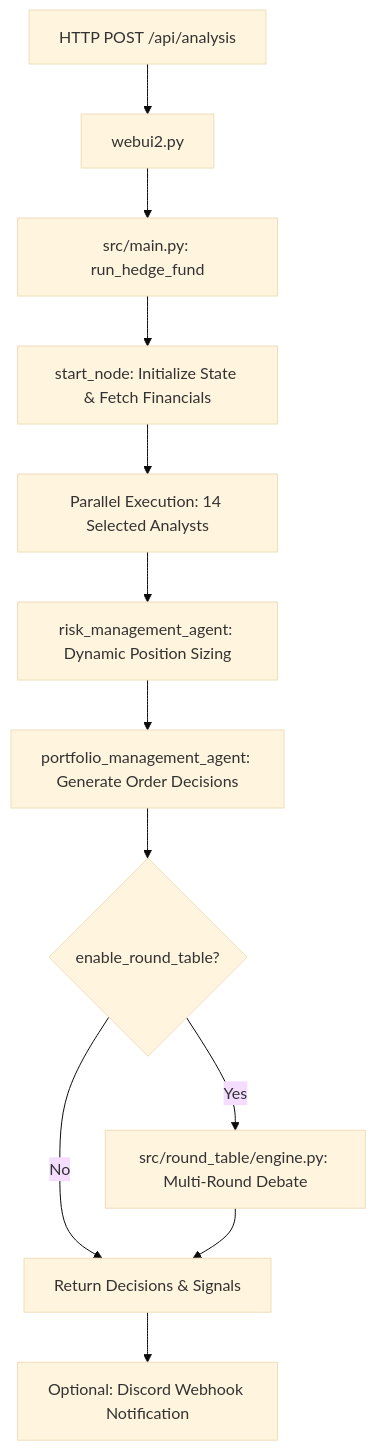
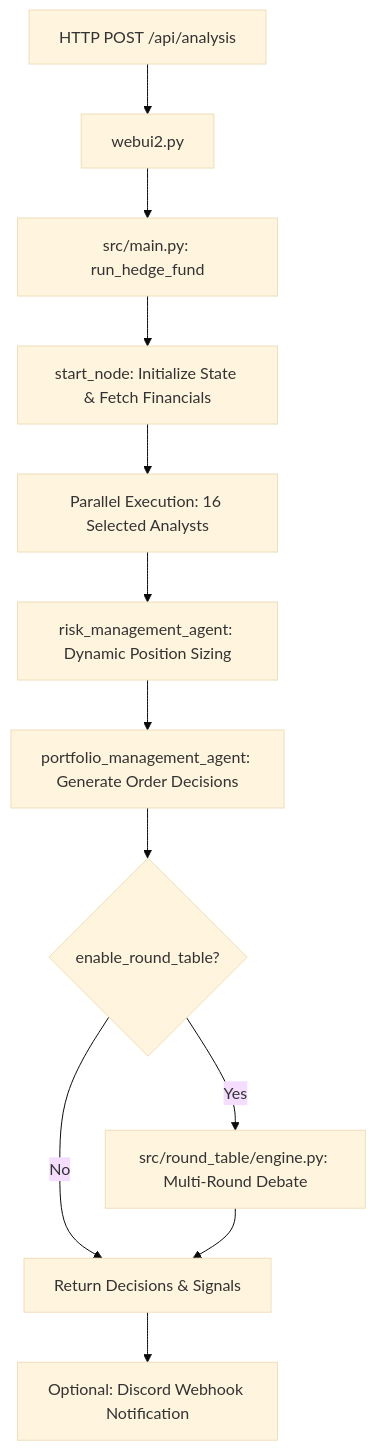
One commit to tbdavid2019/ai-hedge-fund-API changed the diagram in AGENTS.md. Above: the diagram before and after it, drawn with Mermaid (base theme). The commit also changed other lines of this file and 8 other files, not shown here.

````diff
--- a/AGENTS.md
+++ b/AGENTS.md
@@ -124,14 +126,14 @@
 ```mermaid
 graph TD
     UserReq[HTTP POST /api/analysis] --> Flask[webui2.py]
     Flask --> Workflow[src/main.py: run_hedge_fund]
     Workflow --> StartNode[start_node: Initialize State & Fetch Financials]
-    StartNode --> ParallelAnalysts[Parallel Execution: 14 Selected Analysts]
+    StartNode --> ParallelAnalysts[Parallel Execution: 16 Selected Analysts]
     ParallelAnalysts --> RiskMgr[risk_management_agent: Dynamic Position Sizing]
     RiskMgr --> PortMgr[portfolio_management_agent: Generate Order Decisions]
     PortMgr --> RoundTableCheck{enable_round_table?}
     RoundTableCheck -->|Yes| RTEngine[src/round_table/engine.py: Multi-Round Debate]
     RoundTableCheck -->|No| FinalResult[Return Decisions & Signals]
     RTEngine --> FinalResult
     FinalResult --> Discord[Optional: Discord Webhook Notification]
 ```
````
